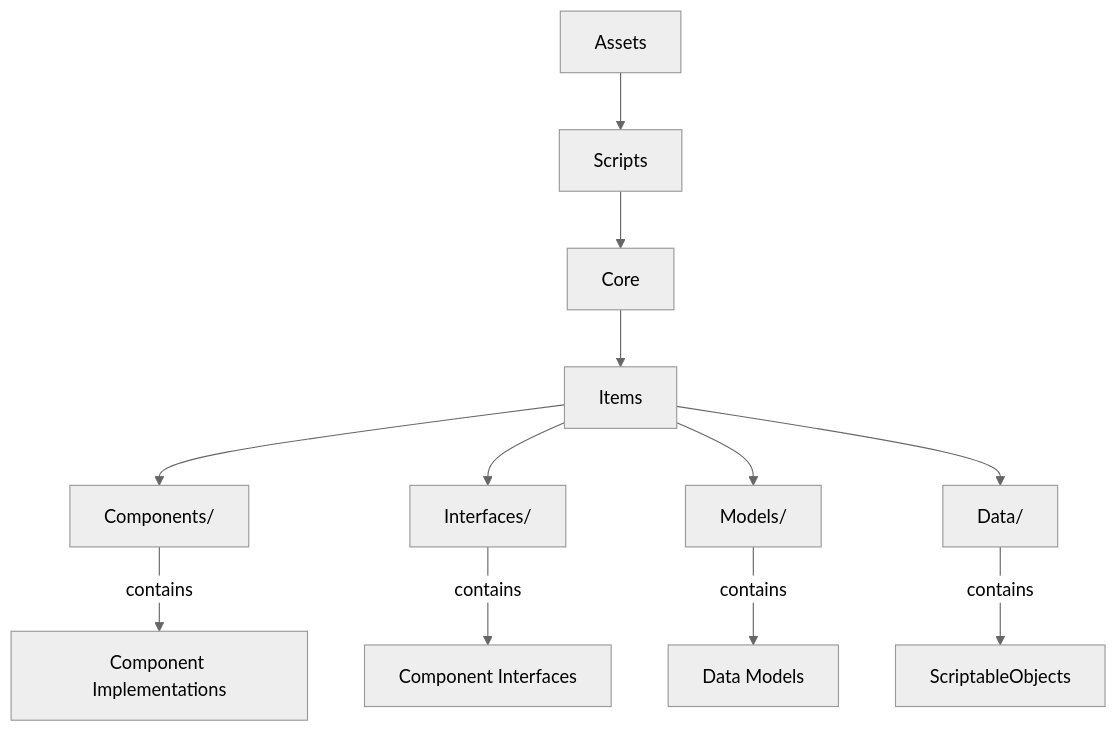
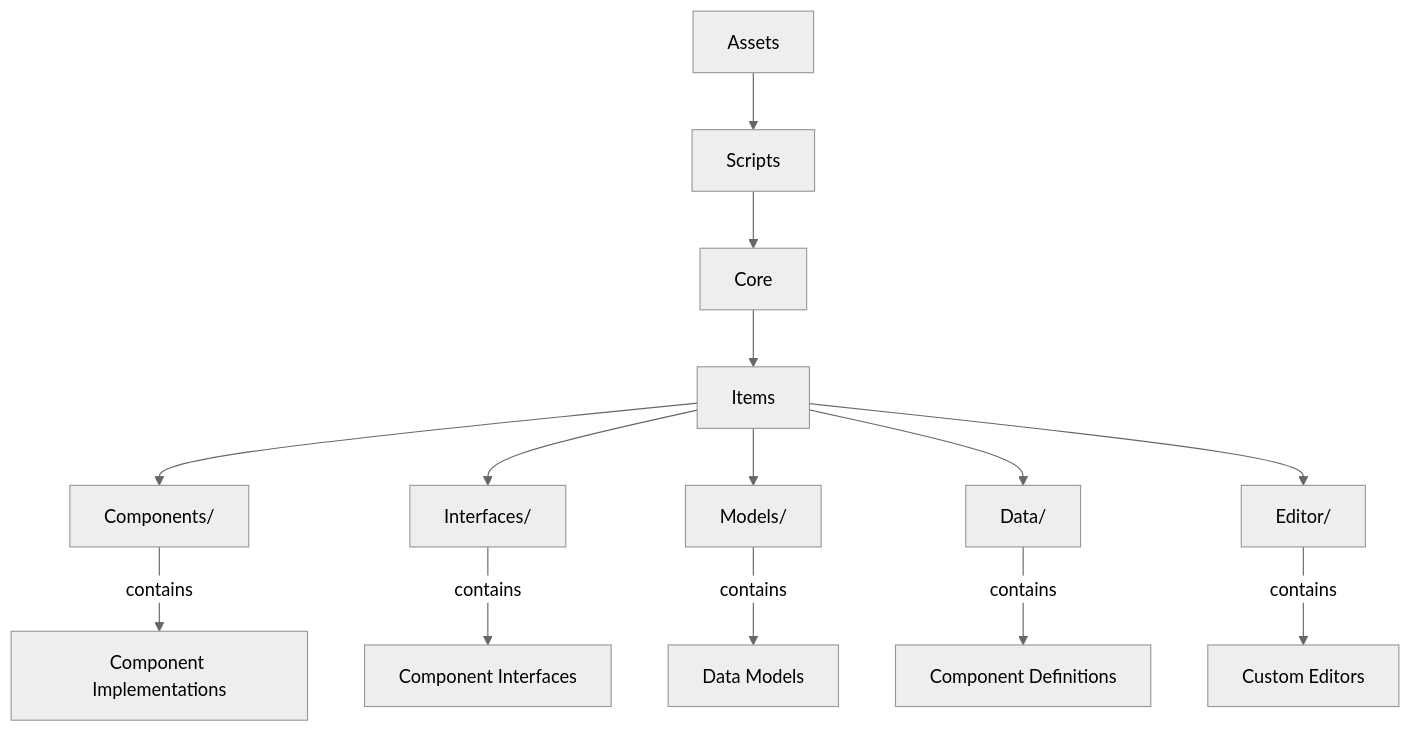
The fourth of 4 diagrams in Assets/Docs/Deisgn/Architecture.md (Coelancanth/matchRPG), drawn with Mermaid (neutral theme) before and after one commit. The commit also changed other lines of this file and 19 other files, not shown here.

First line of the commit message:
refactor(item): improve component system with custom editors

````diff
--- a/Assets/Docs/Deisgn/Architecture.md
+++ b/Assets/Docs/Deisgn/Architecture.md
@@ -91,16 +92,18 @@
 ```mermaid
 graph TD
     Root[Assets] --> Scripts
     Scripts --> Core
     Core --> Items
 
     Items --> Components[Components/]
     Items --> Interfaces[Interfaces/]
     Items --> Models[Models/]
     Items --> Data[Data/]
+    Items --> Editor[Editor/]
 
     Components -->|contains| CC[Component Implementations]
     Interfaces -->|contains| IC[Component Interfaces]
     Models -->|contains| MC[Data Models]
-    Data -->|contains| DC[ScriptableObjects]
+    Data -->|contains| DC[Component Definitions]
+    Editor -->|contains| EC[Custom Editors]
 ```
````
